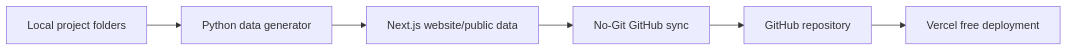
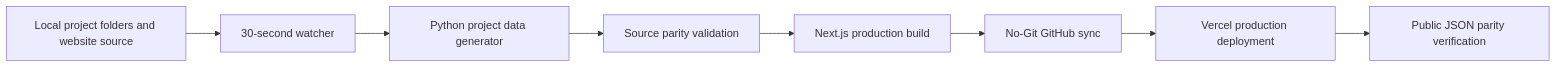
One commit to ahmedlabib33-boop/Project-Intelligence-Hub-NextJS changed the diagram in VERCEL_NEXTJS_DEPLOYMENT.md. Above: the diagram before and after it, drawn with Mermaid. The commit also changed other lines of this file and 199 other files, not shown here.

Commit message:
Publish validated Next.js project pipeline upload batch 1/3 - 2026-07-31 00:28

````diff
--- a/VERCEL_NEXTJS_DEPLOYMENT.md
+++ b/VERCEL_NEXTJS_DEPLOYMENT.md
@@ -5,8 +5,10 @@
 ```mermaid
 flowchart LR
-    A["Local project folders"] --> B["Python data generator"]
-    B --> C["Next.js website/public data"]
-    C --> D["No-Git GitHub sync"]
-    D --> E["GitHub repository"]
-    E --> F["Vercel free deployment"]
+    A["Local project folders and website source"] --> B["30-second watcher"]
+    B --> C["Python project data generator"]
+    C --> D["Source parity validation"]
+    D --> E["Next.js production build"]
+    E --> F["No-Git GitHub sync"]
+    F --> G["Vercel production deployment"]
+    G --> H["Public JSON parity verification"]
 ```
````
